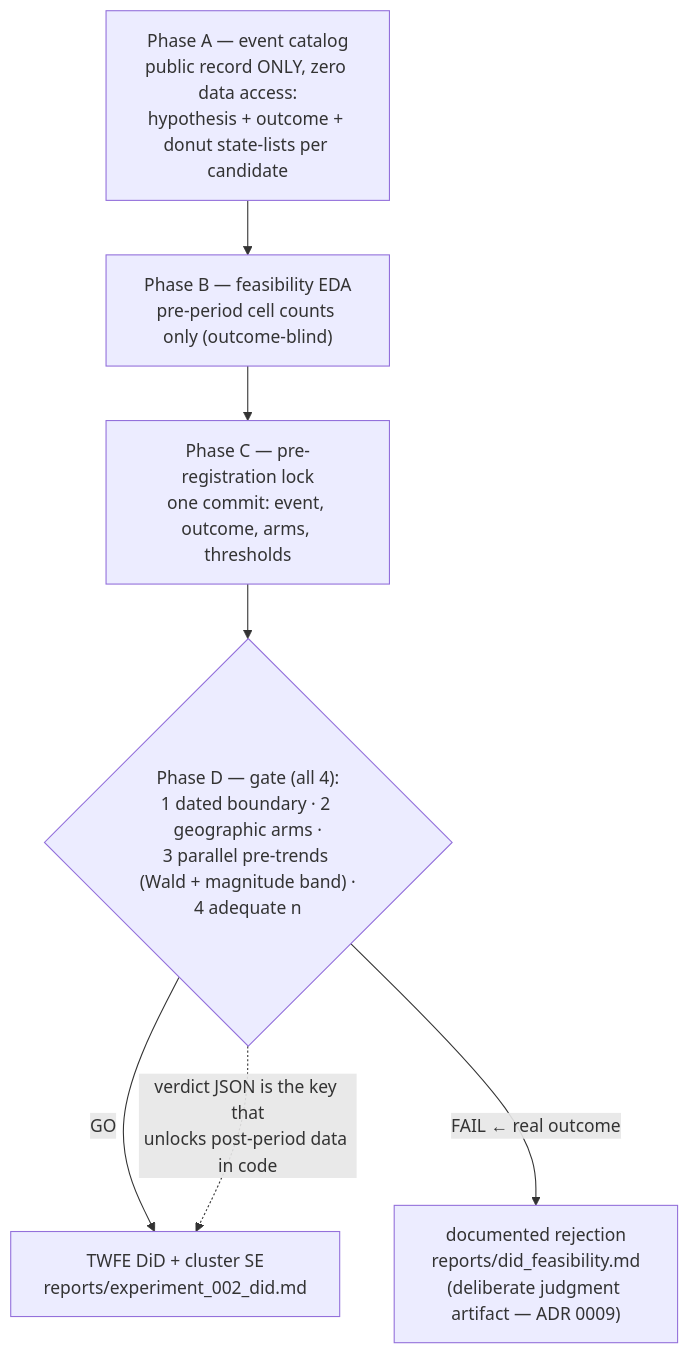
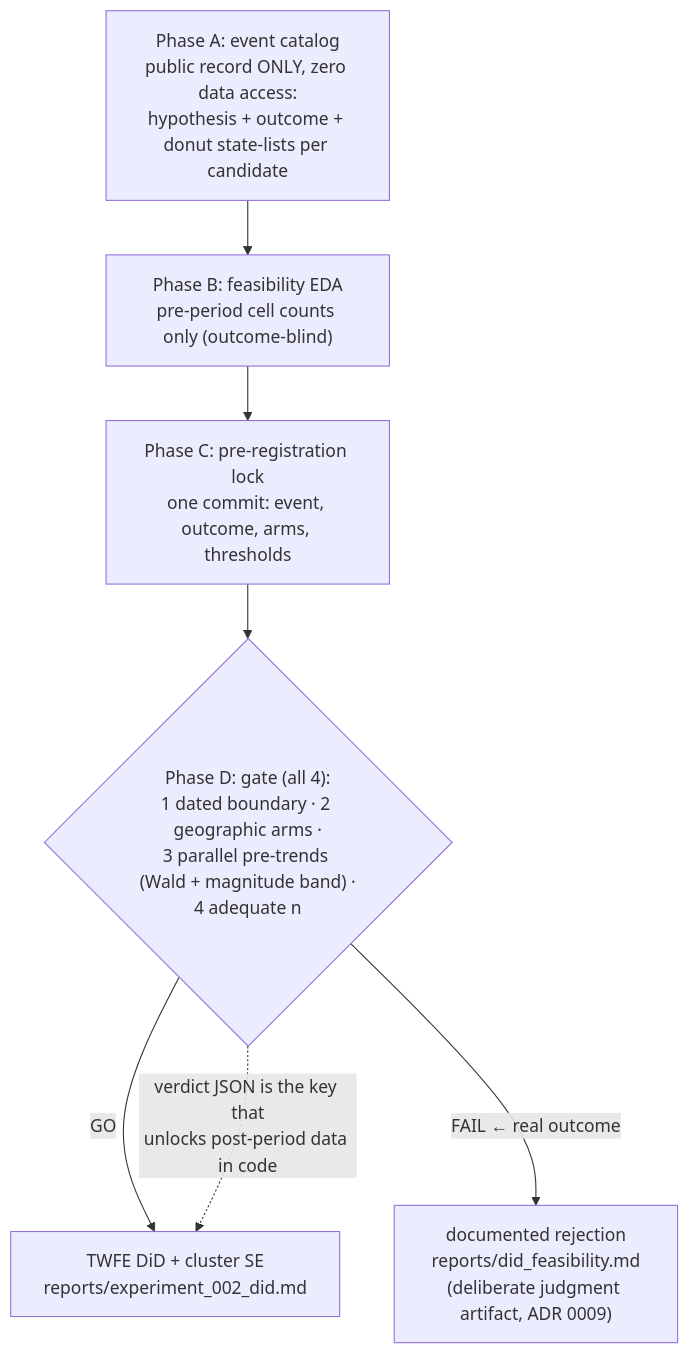
Before and after one commit to tirthjoship/product-experimentation: the fifth of 5 diagrams in README.md, drawn with Mermaid. The commit also changed other lines of this file, not shown here.

````diff
--- a/README.md
+++ b/README.md
@@ -329,10 +329,10 @@
 ```mermaid
 flowchart TD
-    A["Phase A — event catalog<br/>public record ONLY, zero data access:<br/>hypothesis + outcome + donut state-lists per candidate"]
-    A --> B["Phase B — feasibility EDA<br/>pre-period cell counts only (outcome-blind)"]
-    B --> C["Phase C — pre-registration lock<br/>one commit: event, outcome, arms, thresholds"]
-    C --> D{"Phase D — gate (all 4):<br/>1 dated boundary · 2 geographic arms ·<br/>3 parallel pre-trends (Wald + magnitude band) ·<br/>4 adequate n"}
+    A["Phase A: event catalog<br/>public record ONLY, zero data access:<br/>hypothesis + outcome + donut state-lists per candidate"]
+    A --> B["Phase B: feasibility EDA<br/>pre-period cell counts only (outcome-blind)"]
+    B --> C["Phase C: pre-registration lock<br/>one commit: event, outcome, arms, thresholds"]
+    C --> D{"Phase D: gate (all 4):<br/>1 dated boundary · 2 geographic arms ·<br/>3 parallel pre-trends (Wald + magnitude band) ·<br/>4 adequate n"}
     D -->|GO| E1["TWFE DiD + cluster SE<br/>reports/experiment_002_did.md"]
-    D -->|"FAIL ← real outcome"| E2["documented rejection<br/>reports/did_feasibility.md<br/>(deliberate judgment artifact — ADR 0009)"]
+    D -->|"FAIL ← real outcome"| E2["documented rejection<br/>reports/did_feasibility.md<br/>(deliberate judgment artifact, ADR 0009)"]
     D -.->|"verdict JSON is the key that<br/>unlocks post-period data in code"| E1
 ```
````
